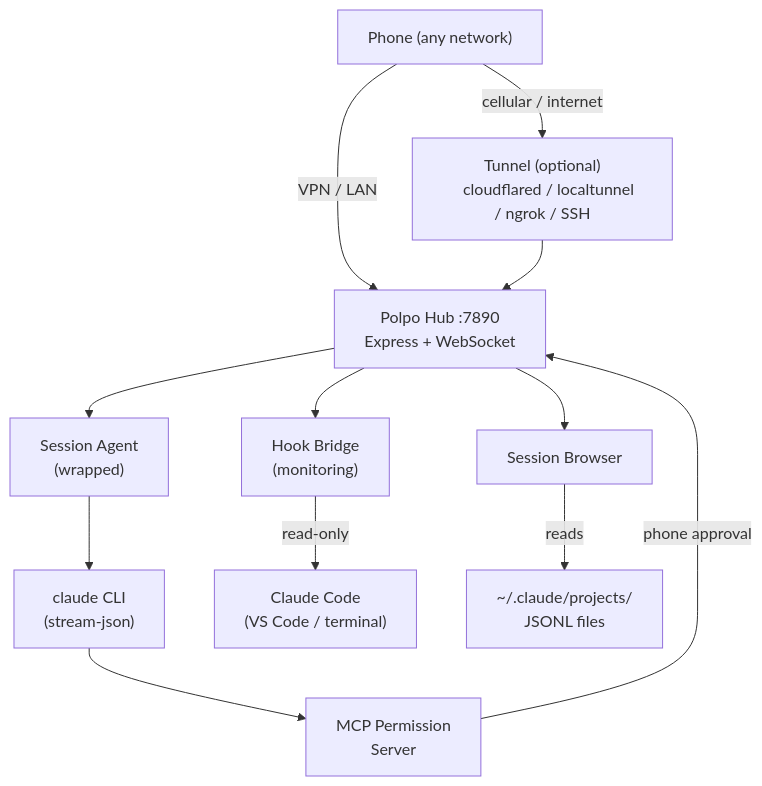
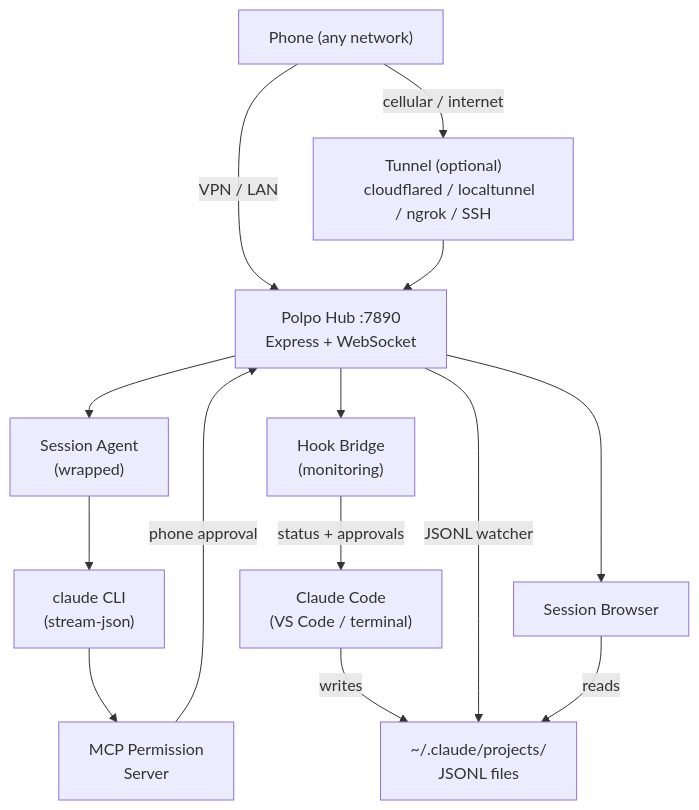
One commit to pugliatechs/polpo changed the diagram in README.md. Above: the diagram before and after it, drawn with Mermaid. The commit also changed other lines of this file and 15 other files, not shown here.

````diff
--- a/README.md
+++ b/README.md
@@ -313,33 +324,35 @@
 ```mermaid
 graph TD
     Phone["Phone (any network)"]
     Tunnel["Tunnel (optional)
     cloudflared / localtunnel / ngrok / SSH"]
     Hub["Polpo Hub :7890
     Express + WebSocket"]
     Session["Session Agent
     (wrapped)"]
     Hooks["Hook Bridge
     (monitoring)"]
     Browser["Session Browser"]
     Claude["claude CLI
     (stream-json)"]
     VSCode["Claude Code
     (VS Code / terminal)"]
     MCP["MCP Permission
     Server"]
     JSONL["~/.claude/projects/
     JSONL files"]
 
     Phone -->|"cellular / internet"| Tunnel
     Phone -->|"VPN / LAN"| Hub
     Tunnel --> Hub
     Hub --> Session
     Hub --> Hooks
     Hub --> Browser
     Session --> Claude
-    Hooks -->|"read-only"| VSCode
+    Hooks -->|"status + approvals"| VSCode
+    VSCode -->|"writes"| JSONL
+    Hub -->|"JSONL watcher"| JSONL
     Claude --> MCP
     MCP -->|"phone approval"| Hub
     Browser -->|"reads"| JSONL
 ```
````
